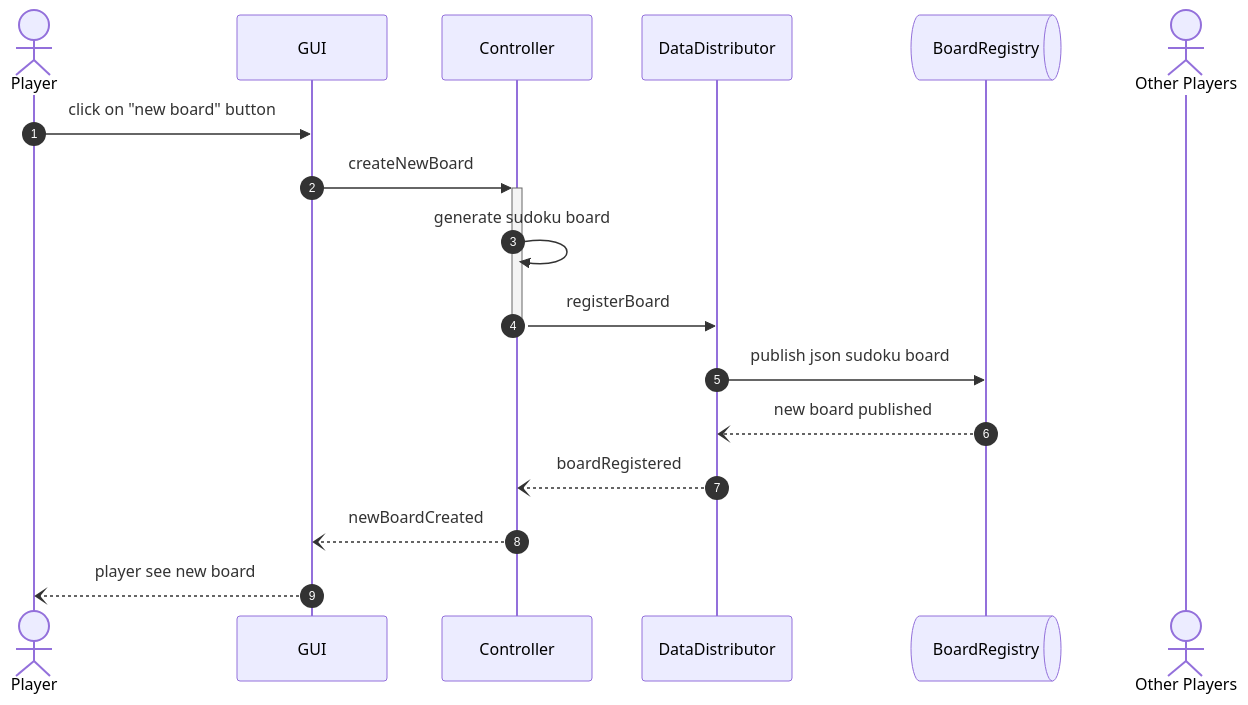
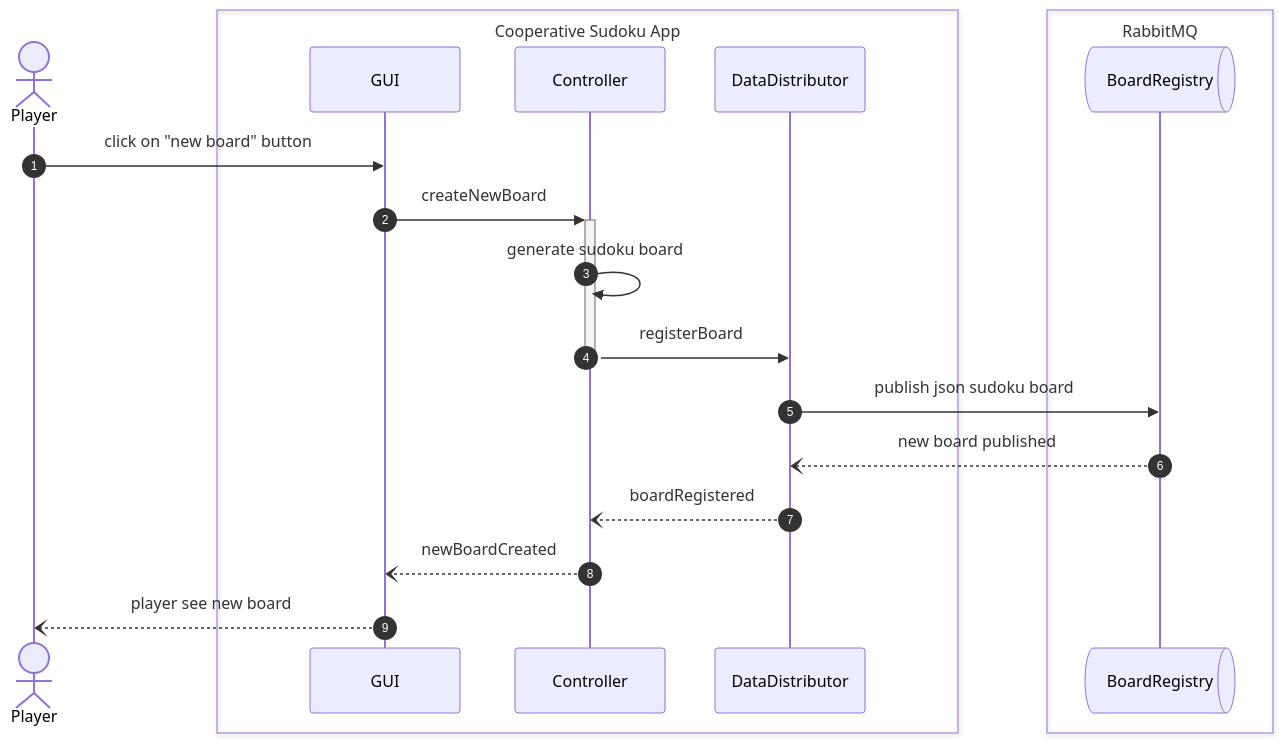
Before and after one commit to TeoV00/coop-sudoku-pcd: the fourth of 8 diagrams in README.md, drawn with Mermaid. The commit also changed other lines of this file, not shown here.

````diff
--- a/README.md
+++ b/README.md
@@ -177,20 +160,28 @@
 ``` mermaid 
 sequenceDiagram
 autonumber
   actor Player
   participant GUI
   participant Controller
   participant DataDistributor
   participant BoardRegistry@{ "type" : "queue" }
-  actor Other Players
+
+  box Cooperative Sudoku App
+  participant GUI
+  participant Controller
+  participant DataDistributor
+  end
+  box RabbitMQ
+  participant BoardRegistry
+  end
 
   Player ->> GUI: click on "new board" button
   GUI ->>+ Controller: createNewBoard
   Controller ->> Controller: generate sudoku board
   Controller ->>- DataDistributor: registerBoard
   DataDistributor->> BoardRegistry: publish json sudoku board
   BoardRegistry --) DataDistributor: new board published
   DataDistributor --) Controller: boardRegistered
   Controller --) GUI: newBoardCreated
   GUI --) Player: player see new board
 ```
````
